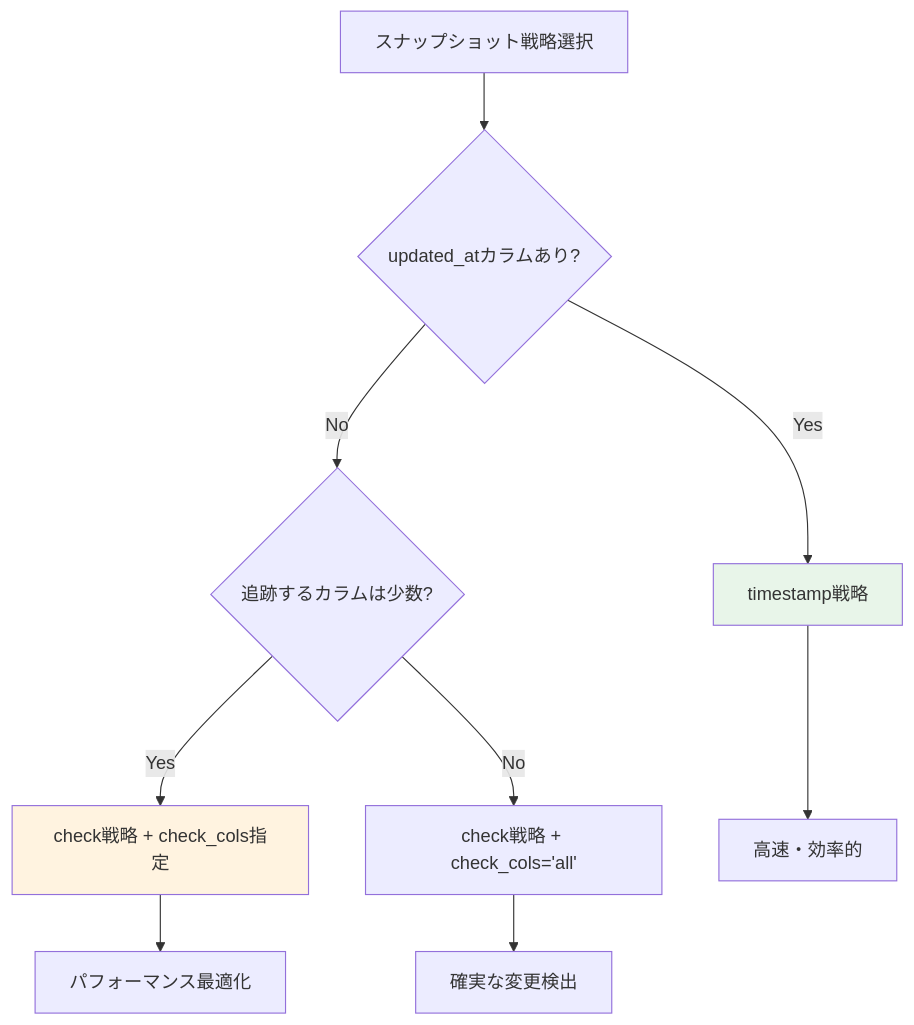
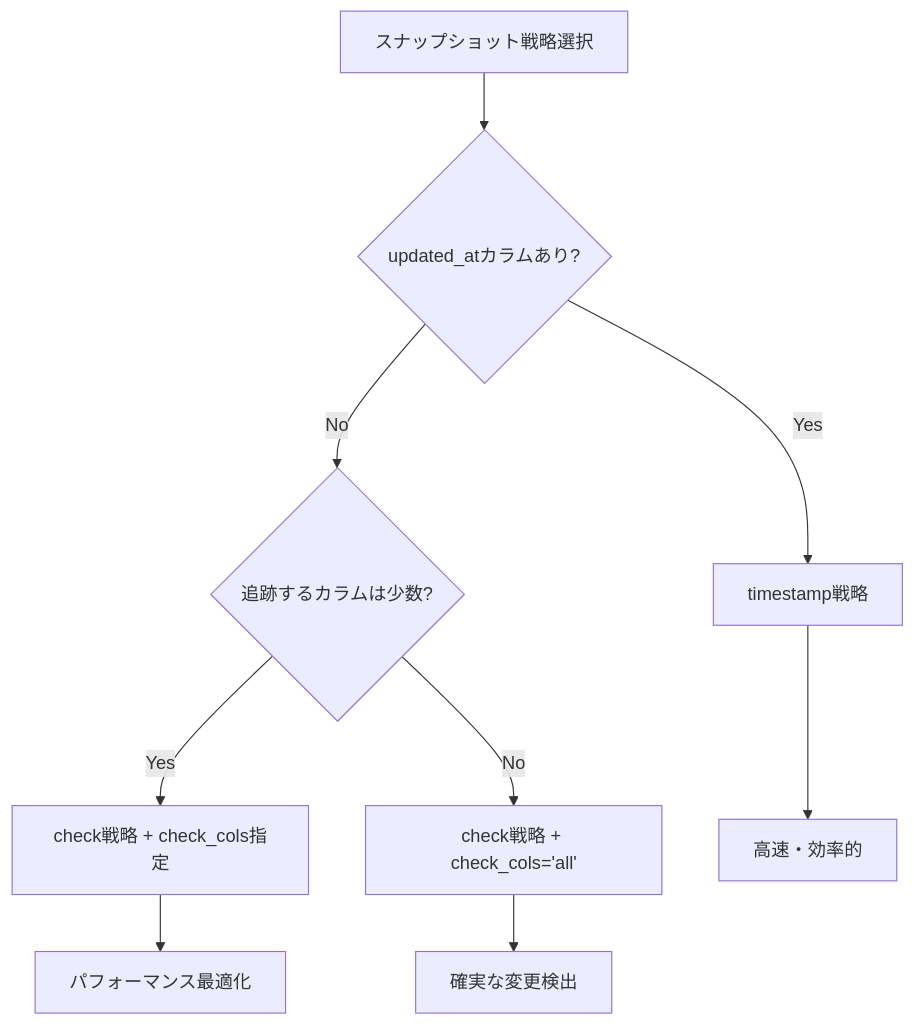
Before and after one commit to 1210yuichi0/1210yuichi0.github.io: diagram 14 of 14 in content/Tech/dbt/categories/snapshot-config.md, drawn with Mermaid. The commit also changed other lines of this file and 22 other files, not shown here.

First line of the commit message:
style: remove Mermaid style directives for dark mode compatibility

````diff
--- a/content/Tech/dbt/categories/snapshot-config.md
+++ b/content/Tech/dbt/categories/snapshot-config.md
@@ -1683,16 +1650,14 @@
 ```mermaid
 flowchart TD
     A[スナップショット戦略選択] --> B{updated_atカラムあり?}
     B -->|Yes| C[timestamp戦略]
     B -->|No| D{追跡するカラムは少数?}
 
     D -->|Yes| E[check戦略 + check_cols指定]
     D -->|No| F[check戦略 + check_cols='all']
 
     C --> G[高速・効率的]
     E --> H[パフォーマンス最適化]
     F --> I[確実な変更検出]
 
-    style C fill:#e8f5e9
-    style E fill:#fff3e0
 ```
````
